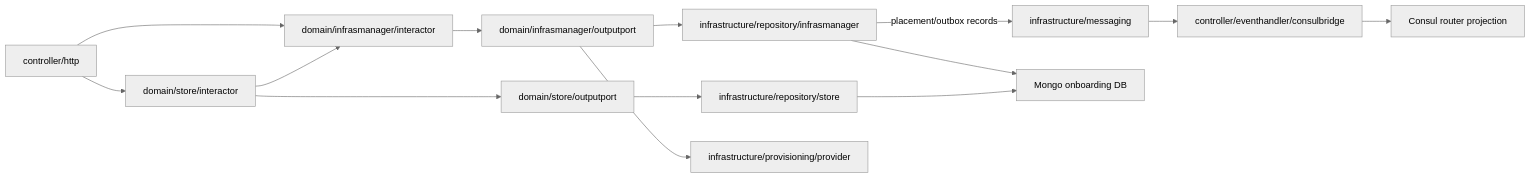
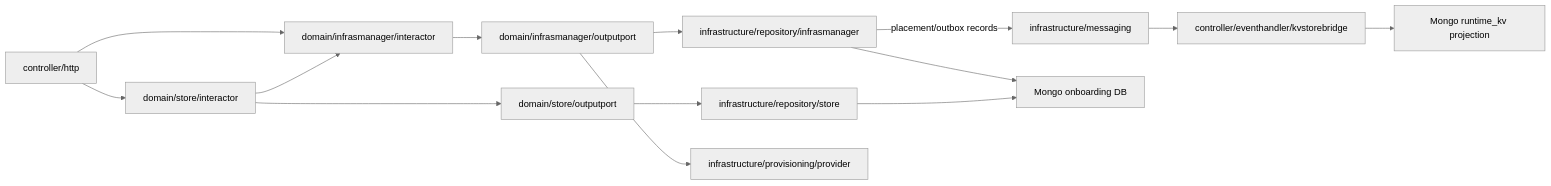
One commit to tuannm99/podzone changed the fifth of 8 diagrams in docs/architecture/modules.md. Above: the diagram before and after it, drawn with Mermaid (neutral theme). The commit also changed other lines of this file and 72 other files, not shown here.

Commit message:
update(vibe): use mongo as kvstore

````diff
--- a/docs/architecture/modules.md
+++ b/docs/architecture/modules.md
@@ -147,29 +147,29 @@
 ```mermaid
 flowchart LR
     HTTP["controller/http"]
     InfraInteractor["domain/infrasmanager/interactor"]
     StoreInteractor["domain/store/interactor"]
     InfraPorts["domain/infrasmanager/outputport"]
     StorePorts["domain/store/outputport"]
     MongoStore["infrastructure/repository/infrasmanager"]
     StoreRepo["infrastructure/repository/store"]
     Provider["infrastructure/provisioning/provider"]
-    ConsulBridge["controller/eventhandler/consulbridge"]
+    KVStoreBridge["controller/eventhandler/kvstorebridge"]
     Messaging["infrastructure/messaging"]
     Mongo["Mongo onboarding DB"]
-    Consul["Consul router projection"]
+    RuntimeKV["Mongo runtime_kv projection"]
 
     HTTP --> InfraInteractor
     HTTP --> StoreInteractor
     StoreInteractor --> InfraInteractor
     InfraInteractor --> InfraPorts
     StoreInteractor --> StorePorts
     InfraPorts --> MongoStore
     InfraPorts --> Provider
     StorePorts --> StoreRepo
     MongoStore --> Mongo
     StoreRepo --> Mongo
     MongoStore -->|"placement/outbox records"| Messaging
-    Messaging --> ConsulBridge
-    ConsulBridge --> Consul
+    Messaging --> KVStoreBridge
+    KVStoreBridge --> RuntimeKV
 ```
````
